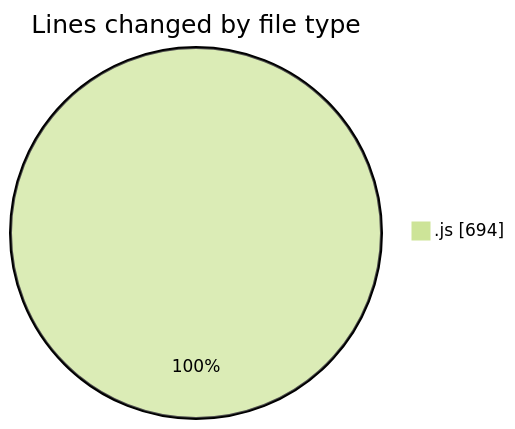
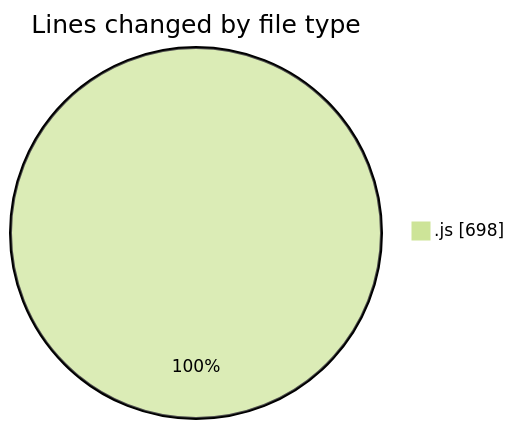
The first of 2 diagrams in 2025-04-03/jsvms/README.md (BS-eng2023/code-tracking), drawn with Mermaid (forest theme) before and after one commit. The commit also changed other lines of this file and 1 other file, not shown here.

````diff
--- a/2025-04-03/jsvms/README.md
+++ b/2025-04-03/jsvms/README.md
@@ -25,5 +25,5 @@
 ```mermaid
 pie showData
 title Lines changed by file type
-".js" : 694
+".js" : 698
 ```
````
